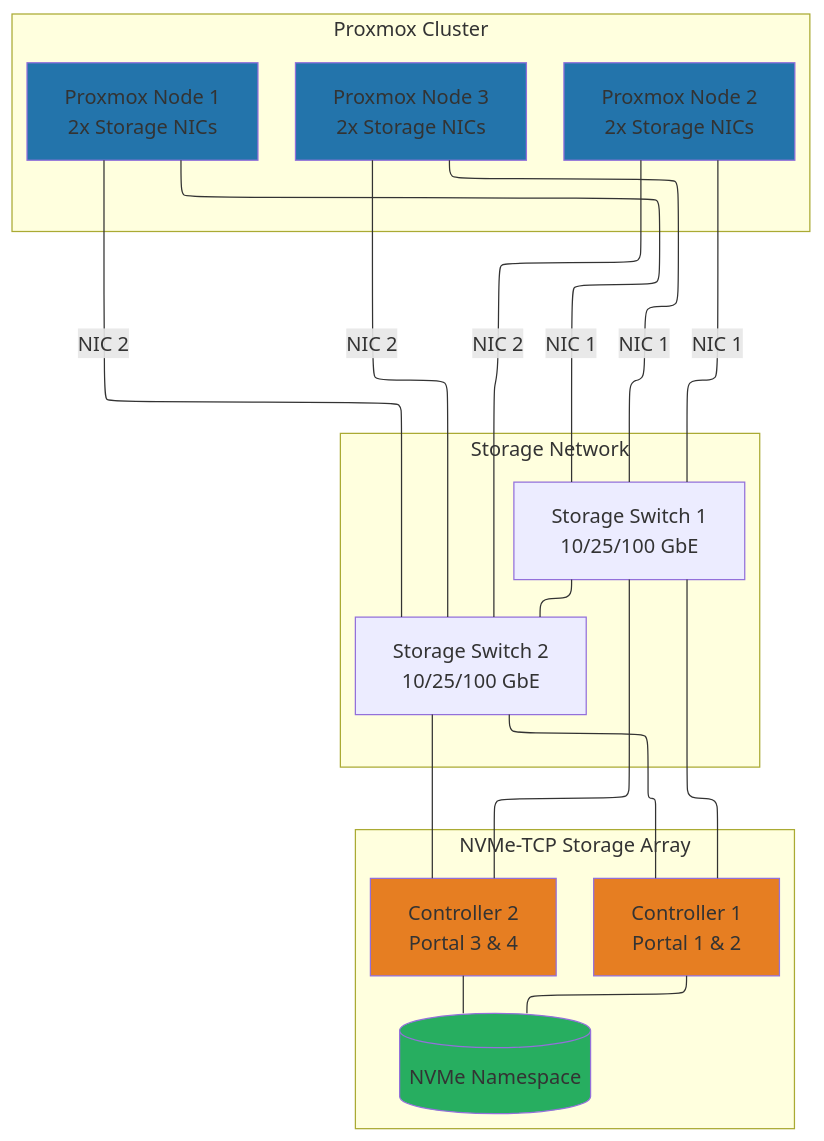
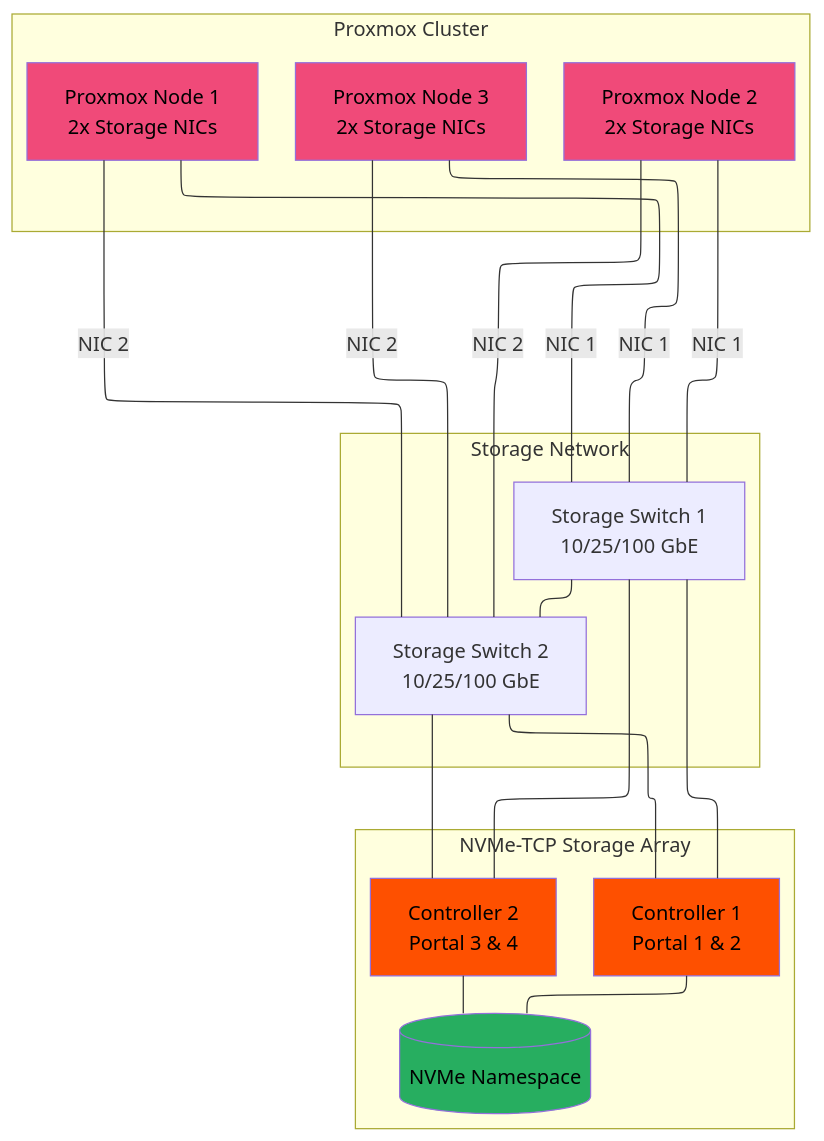
Before and after one commit to khensler/Quickstart-Guides: the first of 8 diagrams in Proxmox/nvme-tcp/BEST-PRACTICES.md, drawn with Mermaid. The commit also changed other lines of this file, not shown here.

````diff
--- a/Proxmox/nvme-tcp/BEST-PRACTICES.md
+++ b/Proxmox/nvme-tcp/BEST-PRACTICES.md
@@ -34,44 +34,44 @@
 ```mermaid
 flowchart-elk
 
     subgraph "Proxmox Cluster"
         PVE1[Proxmox Node 1<br/>2x Storage NICs]
         PVE2[Proxmox Node 2<br/>2x Storage NICs]
         PVE3[Proxmox Node 3<br/>2x Storage NICs]
     end
     
     subgraph "Storage Network"
         SW1[Storage Switch 1<br/>10/25/100 GbE]
         SW2[Storage Switch 2<br/>10/25/100 GbE]
     end
     
     subgraph "NVMe-TCP Storage Array"
         CTRL1[Controller 1<br/>Portal 1 & 2]
         CTRL2[Controller 2<br/>Portal 3 & 4]
         NVME[(NVMe Namespace)]
     end
     
     SW1 --- SW2
 
     PVE1 ---|NIC 1| SW1
     PVE1 ---|NIC 2| SW2
     PVE2 ---|NIC 1| SW1
     PVE2 ---|NIC 2| SW2
     PVE3 ---|NIC 1| SW1
     PVE3 ---|NIC 2| SW2
     
     SW1 --- CTRL1
     SW1 --- CTRL2
     SW2 --- CTRL1
     SW2 --- CTRL2
     
     CTRL1 --- NVME
     CTRL2 --- NVME
     
-    style PVE1 fill:#2374ab
-    style PVE2 fill:#2374ab
-    style PVE3 fill:#2374ab
-    style CTRL1 fill:#e67e22
-    style CTRL2 fill:#e67e22
-    style NVME fill:#27ae60
+    style PVE1 fill:#F04A79,color:#000000
+    style PVE2 fill:#F04A79,color:#000000
+    style PVE3 fill:#F04A79,color:#000000
+    style CTRL1 fill:#FE5000,color:#000000
+    style CTRL2 fill:#FE5000,color:#000000
+    style NVME fill:#27ae60,color:#000000
 ```
````
